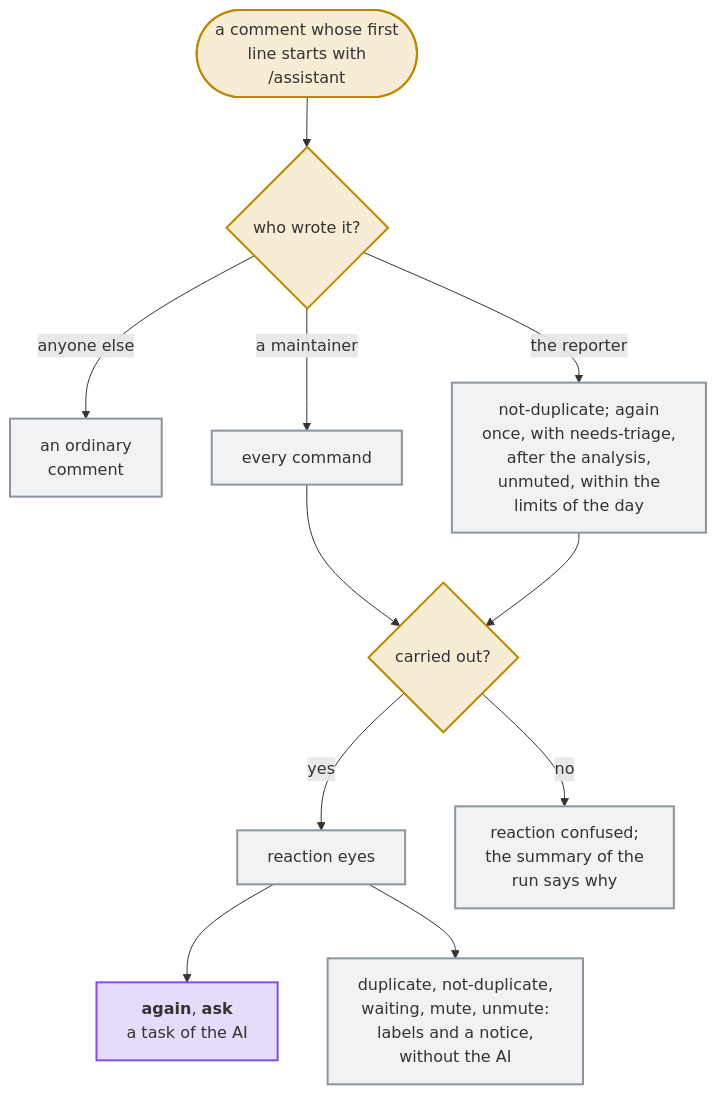
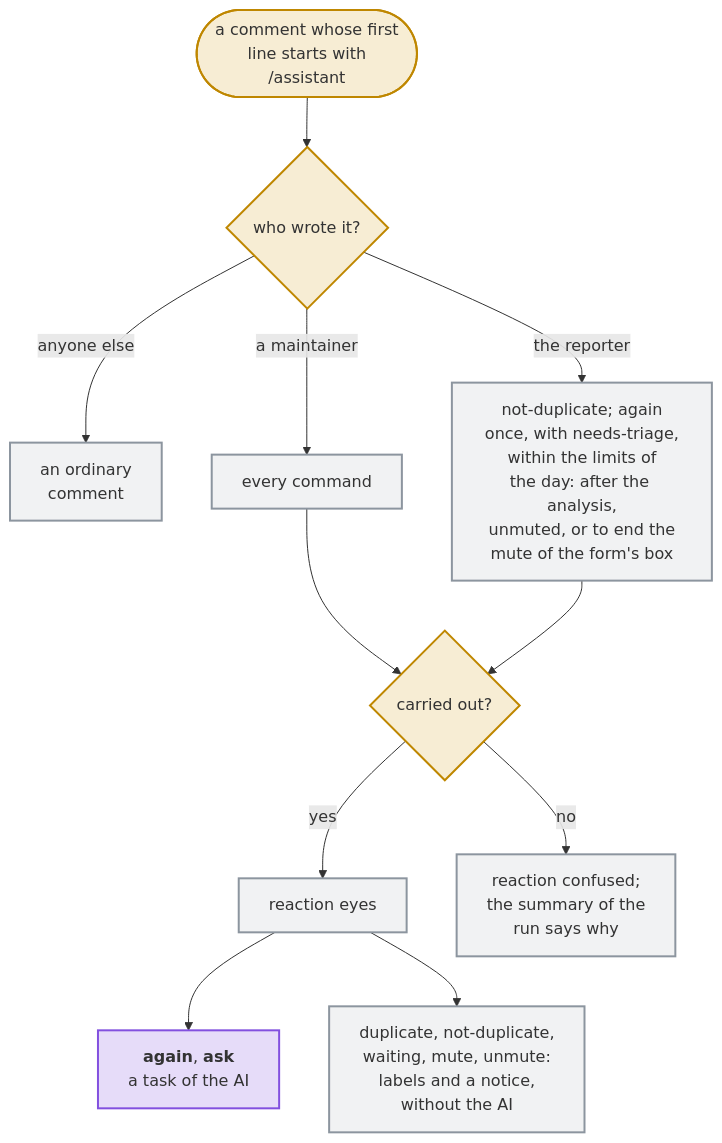
Before and after one commit to Dennis-Otto/issue-assistant: the diagram in docs/diagrams/what-a-command-on-an-issue-does.mmd, drawn with Mermaid. The commit also changed 58 other files, not shown here.

First line of the commit message:
feat: reporters can opt out of the AI analysis in the issue form (#232)

```diff
--- a/docs/diagrams/what-a-command-on-an-issue-does.mmd
+++ b/docs/diagrams/what-a-command-on-an-issue-does.mmd
@@ -1,20 +1,20 @@
 flowchart TB
   accTitle: What a command on an issue does
-  accDescr: A comment whose first line starts with /assistant is a command when a maintainer or the reporter of the issue wrote it; from anyone else, it is an ordinary comment. A maintainer may give every command. The reporter may give not-duplicate, and again once, while the issue has needs-triage, after its first analysis, while it isn't muted and within the limits of the day. A command that is carried out gets the reaction eyes: again starts a new analysis and ask an answer of the AI; duplicate, not-duplicate, waiting, mute and unmute set labels and post a notice without the AI. A command that is refused gets the reaction confused, and the summary of the run says why. A command answers, asks and objects to nothing.
+  accDescr: A comment whose first line starts with /assistant is a command when a maintainer or the reporter of the issue wrote it; from anyone else, it is an ordinary comment. A maintainer may give every command. The reporter may give not-duplicate, and again once, while the issue has needs-triage and within the limits of the day: after its first analysis while it isn't muted, or to end the mute of the box of the issue form. A command that is carried out gets the reaction eyes: again starts a new analysis and ask an answer of the AI; duplicate, not-duplicate, waiting, mute and unmute set labels and post a notice without the AI. A command that is refused gets the reaction confused, and the summary of the run says why. A command answers, asks and objects to nothing.
   comment(["a comment whose first<br>line starts with<br>/assistant"]) --> who{"who wrote it?"}
   who -- "anyone else" --> ordinary["an ordinary<br>comment"]
   who -- "a maintainer" --> every["every command"]
-  who -- "the reporter" --> reporter["not-duplicate; again<br>once, with needs-triage,<br>after the analysis,<br>unmuted, within the<br>limits of the day"]
+  who -- "the reporter" --> reporter["not-duplicate; again<br>once, with needs-triage,<br>within the limits of<br>the day: after the analysis,<br>unmuted, or to end the<br>mute of the form's box"]
   every & reporter --> carried{"carried out?"}
   carried -- "yes" --> eyes["reaction eyes"]
   carried -- "no" --> confused["reaction confused;<br>the summary of the<br>run says why"]
   eyes --> ai["`**again**, **ask**<br>a task of the AI`"]
   eyes --> labels["duplicate, not-duplicate,<br>waiting, mute, unmute:<br>labels and a notice,<br>without the AI"]
   classDef trigger fill:#d4a72c33,stroke:#bf8700,stroke-width:2px
   classDef question fill:#d4a72c33,stroke:#bf8700,stroke-width:2px
   classDef ai fill:#8250df33,stroke:#8250df,stroke-width:2px
   classDef job fill:#8c959f1f,stroke:#8c959f,stroke-width:2px
   class comment trigger
   class who,carried question
   class ai ai
   class ordinary,every,reporter,eyes,confused,labels job
```
